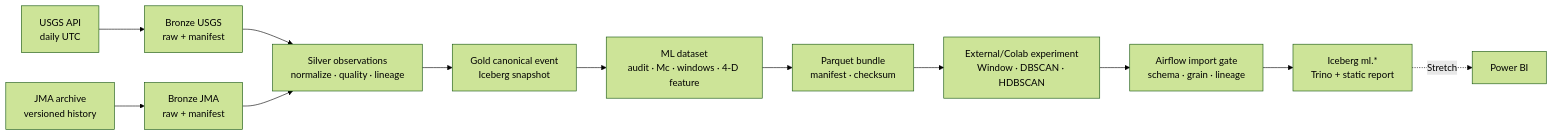
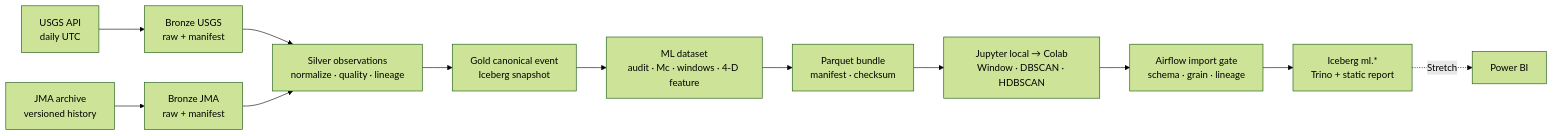
Before and after one commit to HoaiTam/japan-earthquake-etl: the first of 2 diagrams in docs/specs/MVP_SCOPE_KPI_AND_DOD.md, drawn with Mermaid (forest theme). The commit also changed other lines of this file and 32 other files, not shown here.

````diff
--- a/docs/specs/MVP_SCOPE_KPI_AND_DOD.md
+++ b/docs/specs/MVP_SCOPE_KPI_AND_DOD.md
@@ -30,14 +40,14 @@
 ```mermaid
 flowchart LR
     USGS["USGS API<br/>daily UTC"] --> BUSGS["Bronze USGS<br/>raw + manifest"]
     JMA["JMA archive<br/>versioned history"] --> BJMA["Bronze JMA<br/>raw + manifest"]
     BUSGS --> SILVER["Silver observations<br/>normalize · quality · lineage"]
     BJMA --> SILVER
     SILVER --> GOLD["Gold canonical event<br/>Iceberg snapshot"]
     GOLD --> DATASET["ML dataset<br/>audit · Mc · windows · 4-D feature"]
     DATASET --> BUNDLE["Parquet bundle<br/>manifest · checksum"]
-    BUNDLE --> EXP["External/Colab experiment<br/>Window · DBSCAN · HDBSCAN"]
+    BUNDLE --> EXP["Jupyter local → Colab<br/>Window · DBSCAN · HDBSCAN"]
     EXP --> IMPORT["Airflow import gate<br/>schema · grain · lineage"]
     IMPORT --> ML["Iceberg ml.*<br/>Trino + static report"]
     ML -. "Stretch" .-> BI["Power BI"]
 ```
````
